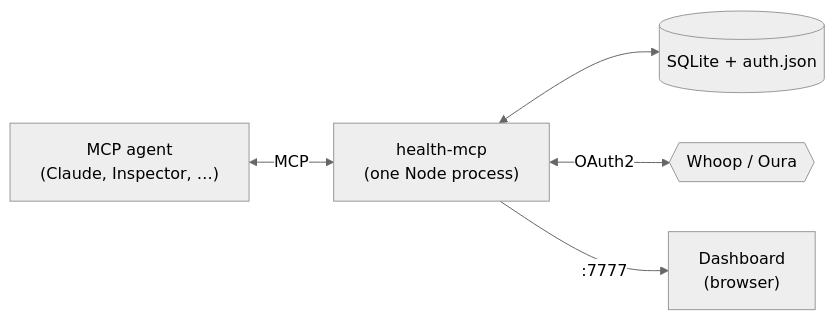
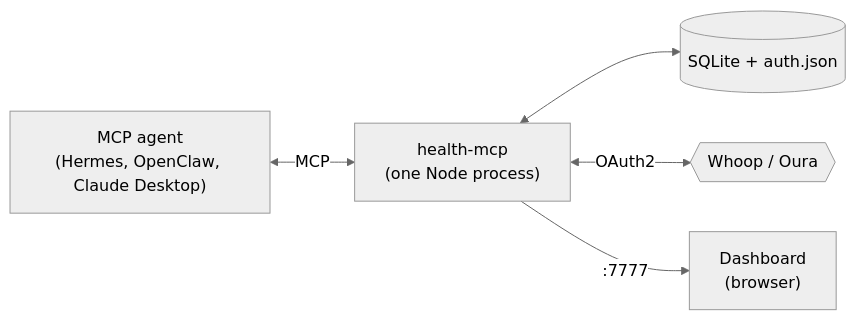
One commit to lukaisailovic/health-mcp changed the diagram in README.md. Above: the diagram before and after it, drawn with Mermaid (neutral theme). The commit also changed other lines of this file and 5 other files, not shown here.

First line of the commit message:
feat(dashboard): brand with health-mcp logo and teal accent

````diff
--- a/README.md
+++ b/README.md
@@ -9,7 +13,7 @@
 ```mermaid
 flowchart LR
-  agent["MCP agent<br/>(Claude, Inspector, …)"] <-->|MCP| server["health-mcp<br/>(one Node process)"]
+  agent["MCP agent<br/>(Hermes, OpenClaw, Claude Desktop)"] <-->|MCP| server["health-mcp<br/>(one Node process)"]
   server <--> db[("SQLite + auth.json")]
   server <-->|OAuth2| wearables{{"Whoop / Oura"}}
   server -->|":7777"| dashboard["Dashboard<br/>(browser)"]
 ```
````
